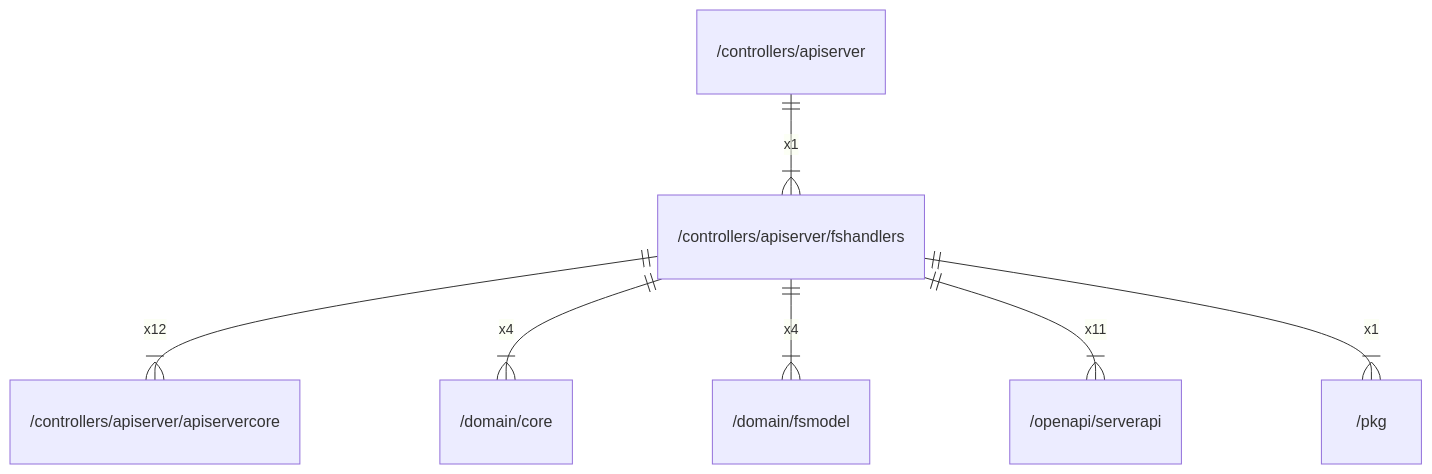
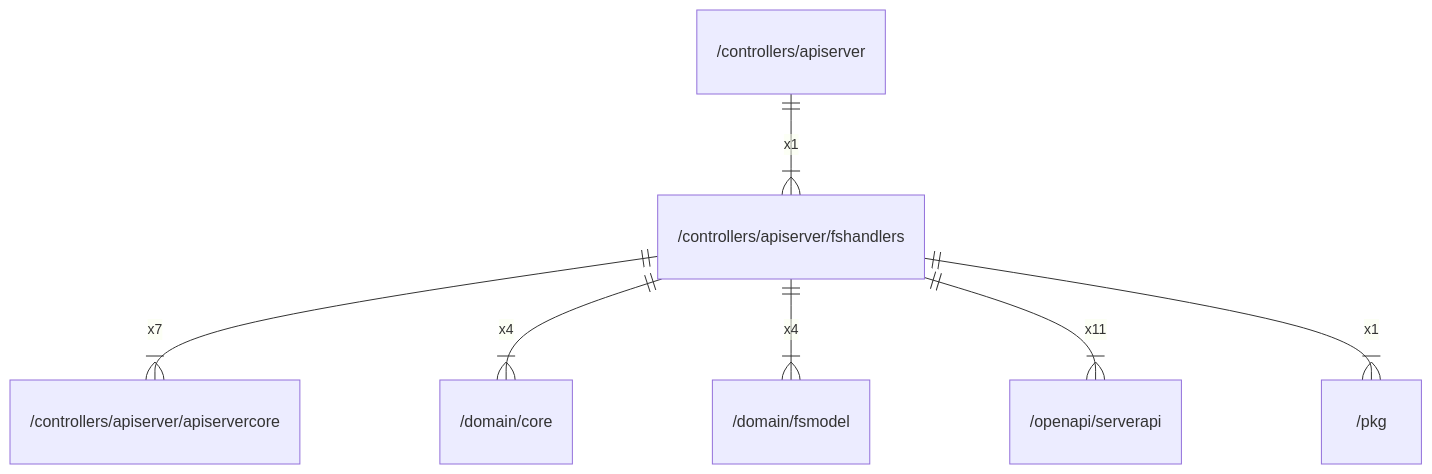
One commit to gbh007/hgraber-next changed the diagram in docs/arch/controllers/apiserver/fshandlers.md. Above: the diagram before and after it, drawn with Mermaid. The commit also changed other lines of this file and 98 other files, not shown here.

````diff
--- a/docs/arch/controllers/apiserver/fshandlers.md
+++ b/docs/arch/controllers/apiserver/fshandlers.md
@@ -31,9 +44,9 @@
 ```mermaid
 erDiagram
     "/controllers/apiserver" ||--|{ "/controllers/apiserver/fshandlers" : x1
-    "/controllers/apiserver/fshandlers" ||--|{ "/controllers/apiserver/apiservercore" : x12
+    "/controllers/apiserver/fshandlers" ||--|{ "/controllers/apiserver/apiservercore" : x7
     "/controllers/apiserver/fshandlers" ||--|{ "/domain/core" : x4
     "/controllers/apiserver/fshandlers" ||--|{ "/domain/fsmodel" : x4
     "/controllers/apiserver/fshandlers" ||--|{ "/openapi/serverapi" : x11
     "/controllers/apiserver/fshandlers" ||--|{ "/pkg" : x1
 ```
````
